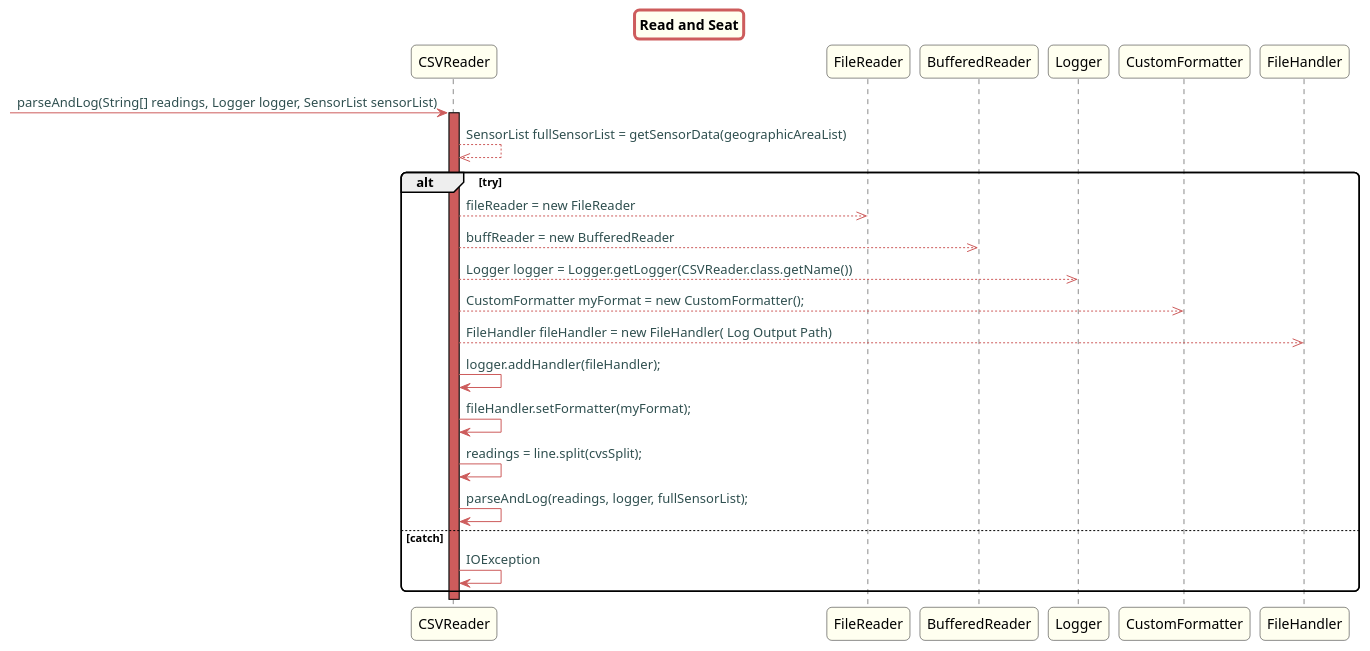
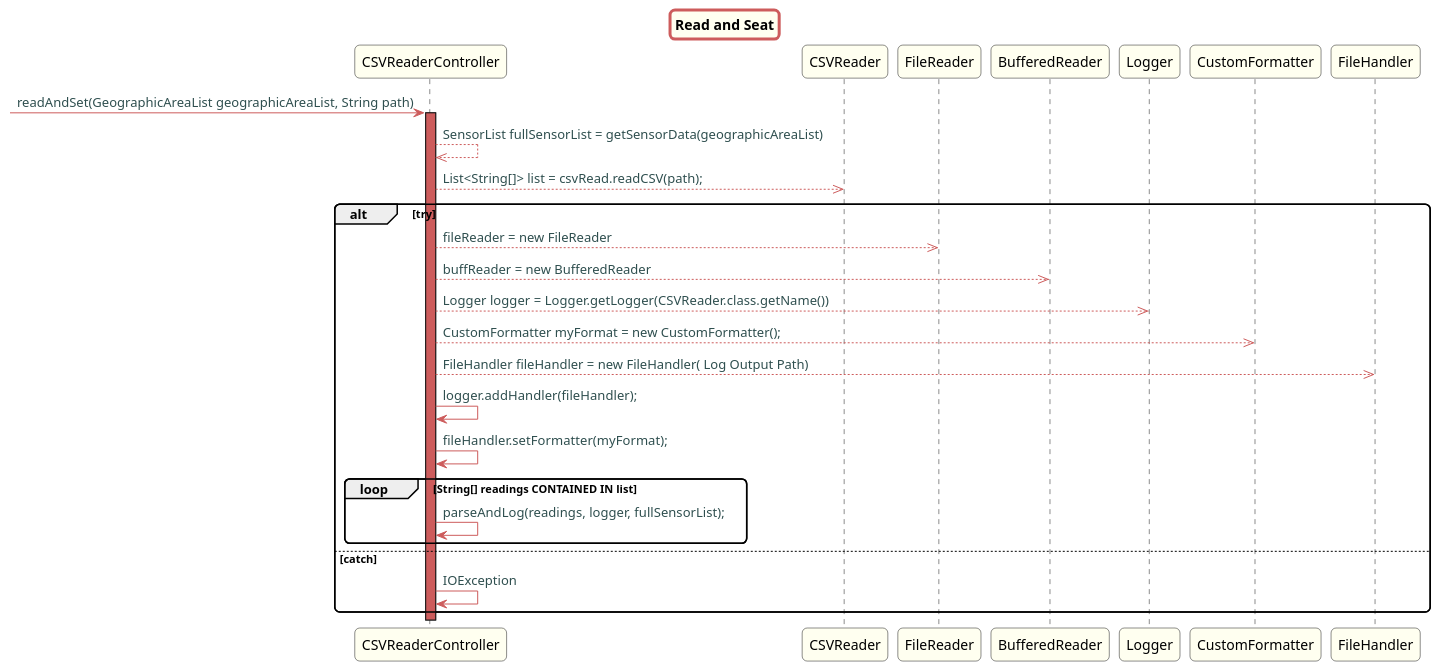
The diagram in src/doc/Controllers/HouseConfiguration/US20/US20ReadAndSet.puml (Almadanmp/project), drawn with PlantUML before and after one commit. The commit also changed 6 other files, not shown here.

Commit message:
Ref #160 Updates all US UML Diagrams for new Controller Class

```diff
--- a/src/doc/Controllers/HouseConfiguration/US20/US20ReadAndSet.puml
+++ b/src/doc/Controllers/HouseConfiguration/US20/US20ReadAndSet.puml
@@ -1,54 +1,54 @@
 @startuml
 
 title Read and Seat
 
 skinparam titleBorderRoundCorner 10
 skinparam titleBorderThickness 3
 skinparam titleBorderColor indianred
 skinparam titleBackgroundColor ivory
 skinparam FontName quicksand
 
 skinparam actor {
   BorderColor indianred
   }
 
 skinparam sequence {
   LifeLineBackgroundColor indianred
   ParticipantBackgroundColor ivory
 }
 
 skinparam roundcorner 10
 
 skinparam component {
   arrowThickness 1
   ArrowFontName Verdana
   ArrowColor indianred
   ArrowFontColor darkslategrey
 }
 
 
 
 
--> CSVReader: parseAndLog(String[] readings, Logger logger, SensorList sensorList)
-activate CSVReader
+-> CSVReaderController: readAndSet(GeographicAreaList geographicAreaList, String path)
+activate CSVReaderController
 
-CSVReader -->> CSVReader: SensorList fullSensorList = getSensorData(geographicAreaList)
-
+CSVReaderController -->> CSVReaderController: SensorList fullSensorList = getSensorData(geographicAreaList)
+CSVReaderController -->> CSVReader: List<String[]> list = csvRead.readCSV(path);
 alt try
 
-CSVReader -->> FileReader: fileReader = new FileReader
-CSVReader -->> BufferedReader: buffReader = new BufferedReader
-CSVReader -->> Logger: Logger logger = Logger.getLogger(CSVReader.class.getName())
-CSVReader -->> CustomFormatter: CustomFormatter myFormat = new CustomFormatter();
-CSVReader -->> FileHandler: FileHandler fileHandler = new FileHandler( Log Output Path)
-CSVReader -> CSVReader: logger.addHandler(fileHandler);
-CSVReader -> CSVReader: fileHandler.setFormatter(myFormat);
-CSVReader -> CSVReader: readings = line.split(cvsSplit);
-CSVReader -> CSVReader: parseAndLog(readings, logger, fullSensorList);
-
+CSVReaderController -->> FileReader: fileReader = new FileReader
+CSVReaderController -->> BufferedReader: buffReader = new BufferedReader
+CSVReaderController -->> Logger: Logger logger = Logger.getLogger(CSVReader.class.getName())
+CSVReaderController -->> CustomFormatter: CustomFormatter myFormat = new CustomFormatter();
+CSVReaderController -->> FileHandler: FileHandler fileHandler = new FileHandler( Log Output Path)
+CSVReaderController -> CSVReaderController: logger.addHandler(fileHandler);
+CSVReaderController -> CSVReaderController: fileHandler.setFormatter(myFormat);
+loop  String[] readings CONTAINED IN list
+CSVReaderController -> CSVReaderController: parseAndLog(readings, logger, fullSensorList);
+end
 else catch
-CSVReader -> CSVReader: IOException
+CSVReaderController -> CSVReaderController: IOException
 
 end
 
 @enduml
```
